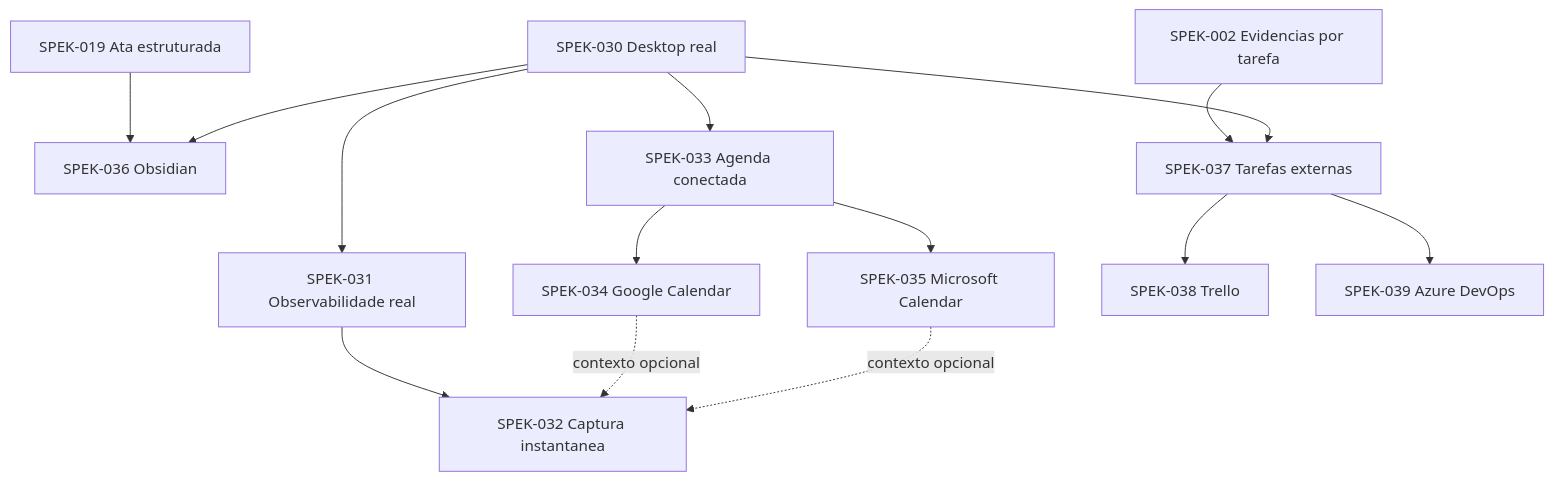
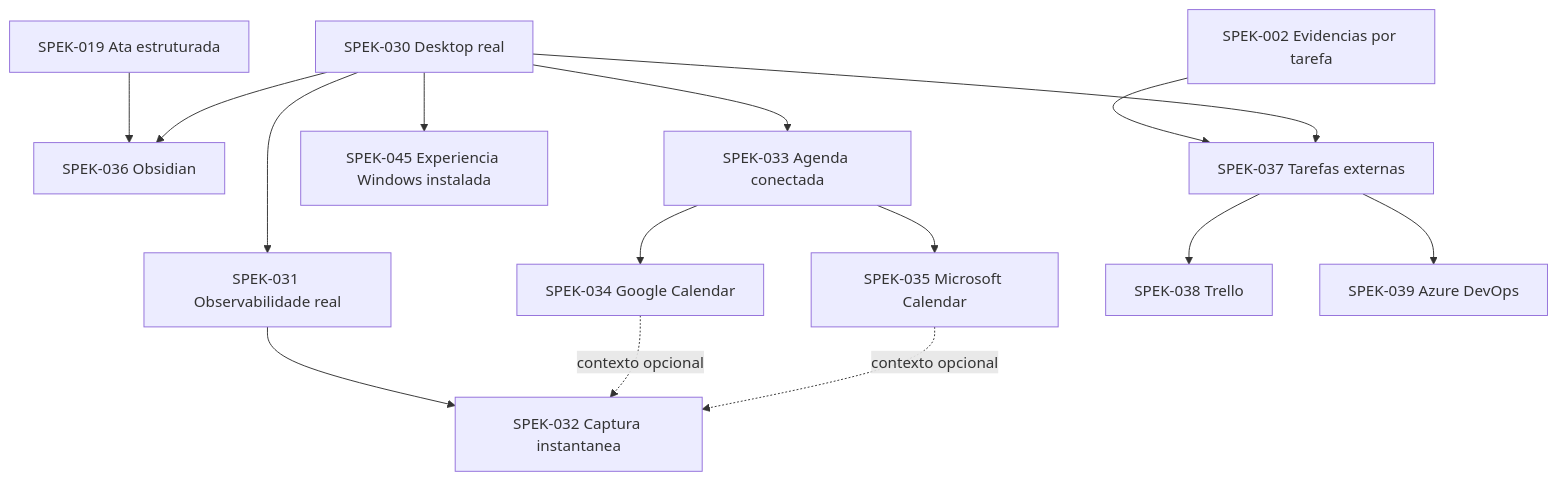
One commit to michel-az-de/anamnesis changed the second of 2 diagrams in 30-especificacoes/01-produto/Roadmap de Produto.md. Above: the diagram before and after it, drawn with Mermaid. The commit also changed other lines of this file and 33 other files, not shown here.

Commit message:
feat: entregar experiencia Windows instalada (SPEK-045)

````diff
--- a/30-especificacoes/01-produto/Roadmap de Produto.md
+++ b/30-especificacoes/01-produto/Roadmap de Produto.md
@@ -41,16 +42,17 @@
 ```mermaid
 flowchart TD
     S019["SPEK-019 Ata estruturada"] --> S036["SPEK-036 Obsidian"]
     S002["SPEK-002 Evidencias por tarefa"] --> S037["SPEK-037 Tarefas externas"]
     S030["SPEK-030 Desktop real"] --> S031["SPEK-031 Observabilidade real"]
+    S030 --> S045["SPEK-045 Experiencia Windows instalada"]
     S031 --> S032["SPEK-032 Captura instantanea"]
     S030 --> S033["SPEK-033 Agenda conectada"]
     S033 --> S034["SPEK-034 Google Calendar"]
     S033 --> S035["SPEK-035 Microsoft Calendar"]
     S034 -.->|"contexto opcional"| S032
     S035 -.->|"contexto opcional"| S032
     S030 --> S036
     S030 --> S037
     S037 --> S038["SPEK-038 Trello"]
     S037 --> S039["SPEK-039 Azure DevOps"]
 ```
````
